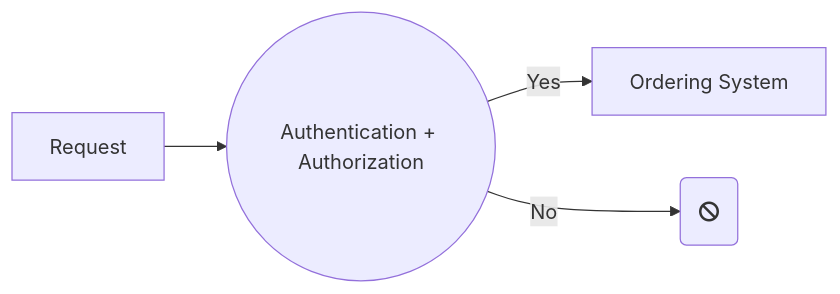
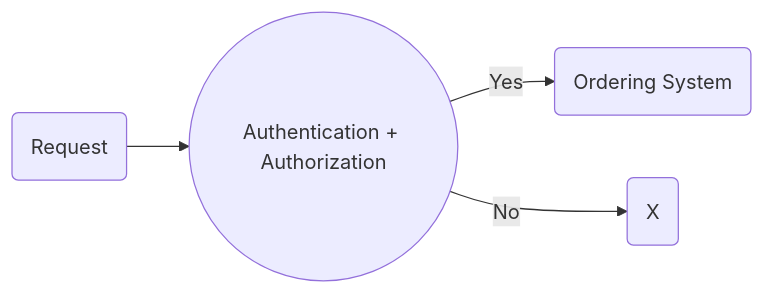
The first of 2 diagrams in patterns/chain_of_responsibility/README.md (Buzzvil/awesome-design-patterns), drawn with Mermaid before and after one commit. The commit also changed other lines of this file, not shown here.

Commit message:
change icon to X

````diff
--- a/patterns/chain_of_responsibility/README.md
+++ b/patterns/chain_of_responsibility/README.md
@@ -11,6 +11,6 @@
 ``` mermaid
 graph LR
-    A[Request] --> B((Authentication + Authorization))
-    B -->|Yes| C[Ordering System]
-    B -->|No| D(fa:fa-ban)
+    A(Request) --> B((Authentication + Authorization))
+    B -->|Yes| C(Ordering System)
+    B -->|No| D(X)
 ```
````
